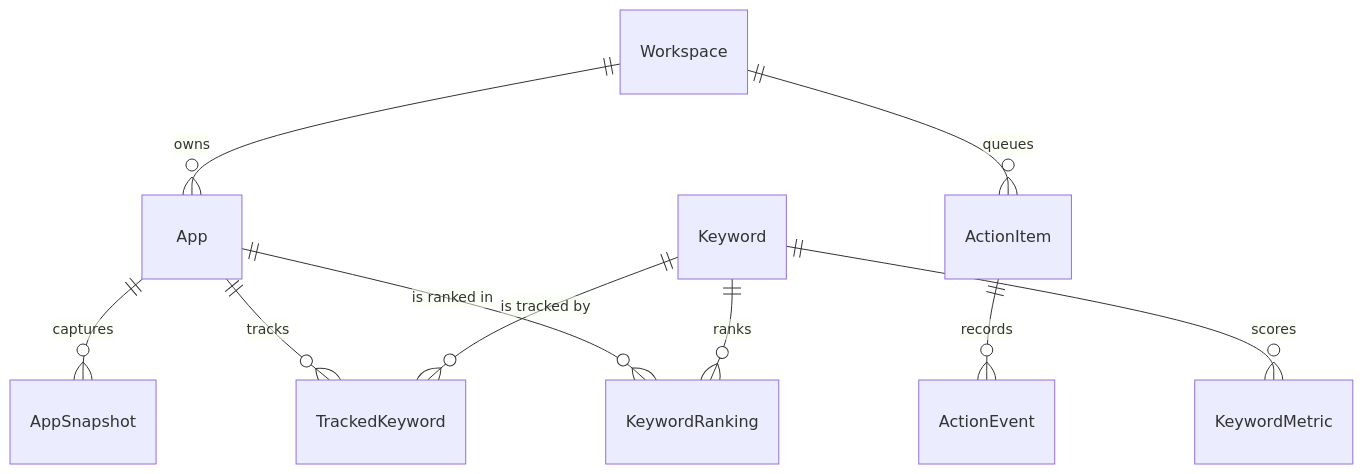
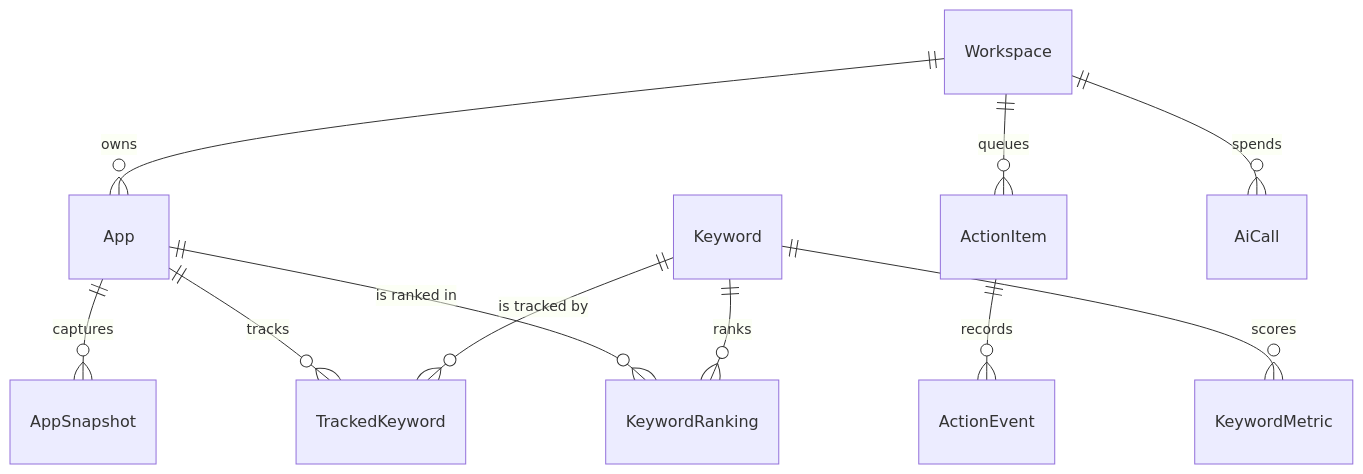
One commit to AsoBeast/asobeast changed the diagram in docs/concepts/data-model.mdx. Above: the diagram before and after it, drawn with Mermaid. The commit also changed other lines of this file and 8 other files, not shown here.

````diff
--- a/docs/concepts/data-model.mdx
+++ b/docs/concepts/data-model.mdx
@@ -35,12 +36,13 @@
 ```mermaid
 erDiagram
   Workspace ||--o{ App : owns
   App ||--o{ AppSnapshot : captures
   App ||--o{ TrackedKeyword : tracks
   Keyword ||--o{ TrackedKeyword : "is tracked by"
   Keyword ||--o{ KeywordMetric : scores
   App ||--o{ KeywordRanking : "is ranked in"
   Keyword ||--o{ KeywordRanking : ranks
   Workspace ||--o{ ActionItem : queues
   ActionItem ||--o{ ActionEvent : records
+  Workspace ||--o{ AiCall : spends
 ```
````
